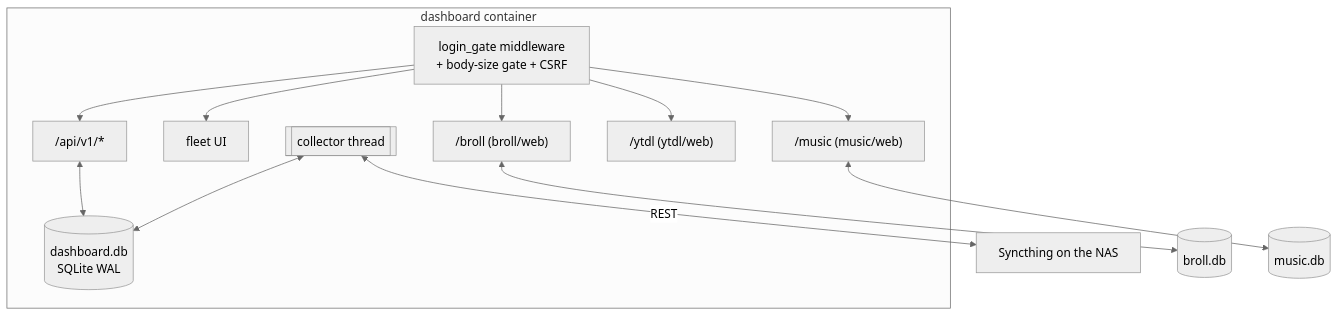
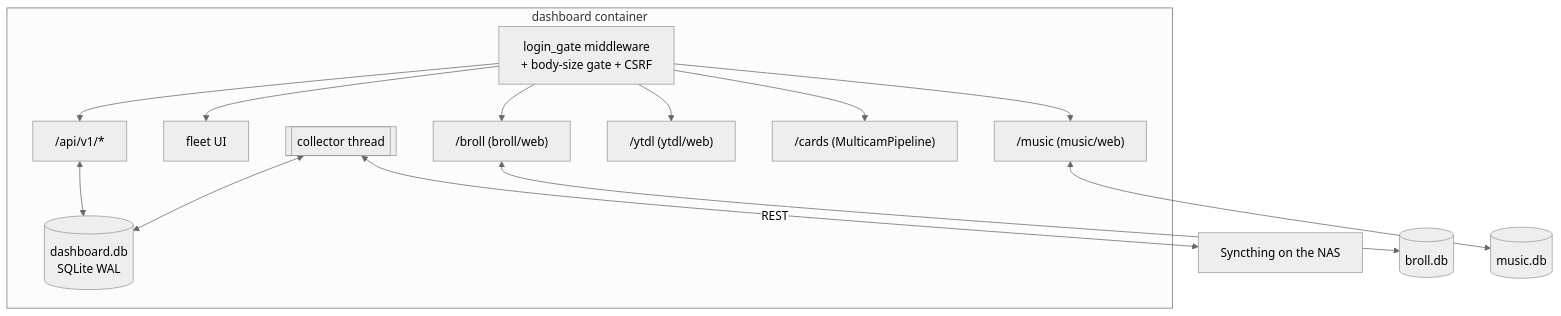
One commit to The-Creators-Club/resolve-remote-sync changed the second of 7 diagrams in docs/ARCHITECTURE.md. Above: the diagram before and after it, drawn with Mermaid (neutral theme). The commit also changed other lines of this file and 8 other files, not shown here.

````diff
--- a/docs/ARCHITECTURE.md
+++ b/docs/ARCHITECTURE.md
@@ -125,19 +125,20 @@
 ```mermaid
 flowchart TB
     subgraph Container["dashboard container"]
         GATE["login_gate middleware<br/>+ body-size gate + CSRF"]
         API["/api/v1/*"]
         UI["fleet UI"]
         BR["/broll  (broll/web)"]
         MU["/music  (music/web)"]
         YT["/ytdl   (ytdl/web)"]
+        CA["/cards  (MulticamPipeline)"]
         COL[["collector thread"]]
         DB[("dashboard.db<br/>SQLite WAL")]
     end
-    GATE --> API & UI & BR & MU & YT
+    GATE --> API & UI & BR & MU & YT & CA
     API <--> DB
     COL <--> DB
     COL <-- "REST" --> SY[Syncthing on the NAS]
     BR <--> BDB[("broll.db")]
     MU <--> MDB[("music.db")]
 ```
````
